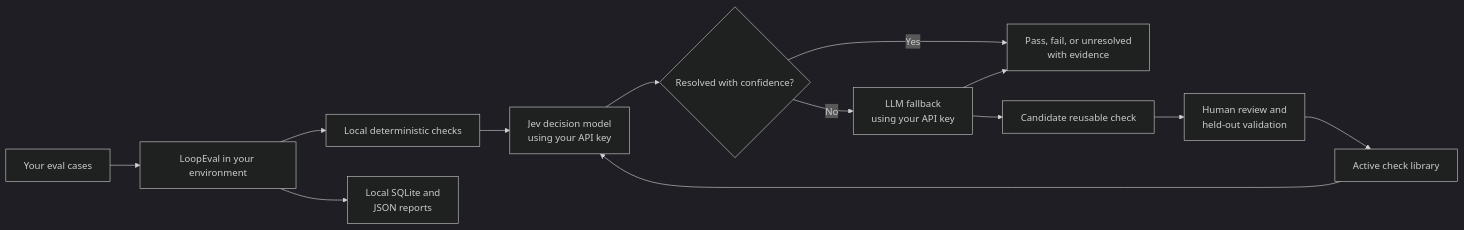
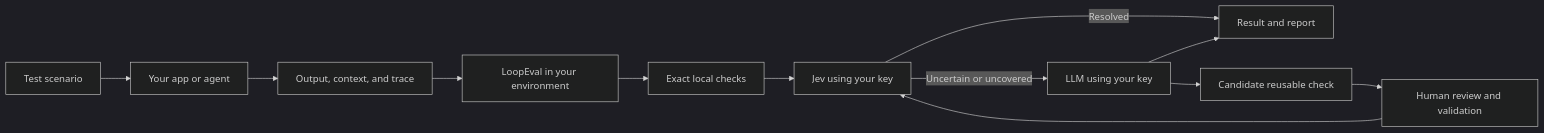
One commit to tbskin/loopeval changed the diagram in README.md. Above: the diagram before and after it, drawn with Mermaid (dark theme). The commit also changed other lines of this file and 8 other files, not shown here.

````diff
--- a/README.md
+++ b/README.md
@@ -52,15 +30,14 @@
 ```mermaid
 flowchart LR
-    A["Your eval cases"] --> B["LoopEval in your environment"]
-    B --> C["Local deterministic checks"]
-    C --> D["Jev decision model<br/>using your API key"]
-    D --> E{"Resolved with confidence?"}
-    E -->|"Yes"| F["Pass, fail, or unresolved<br/>with evidence"]
-    E -->|"No"| G["LLM fallback<br/>using your API key"]
-    G --> F
-    G --> H["Candidate reusable check"]
-    H --> I["Human review and<br/>held-out validation"]
-    I --> J["Active check library"]
-    J --> D
-    B --> K["Local SQLite and<br/>JSON reports"]
+    A["Test scenario"] --> B["Your app or agent"]
+    B --> C["Output, context, and trace"]
+    C --> D["LoopEval in your environment"]
+    D --> E["Exact local checks"]
+    E --> F["Jev using your key"]
+    F -->|"Resolved"| G["Result and report"]
+    F -->|"Uncertain or uncovered"| H["LLM using your key"]
+    H --> G
+    H --> I["Candidate reusable check"]
+    I --> J["Human review and validation"]
+    J --> F
 ```
````
